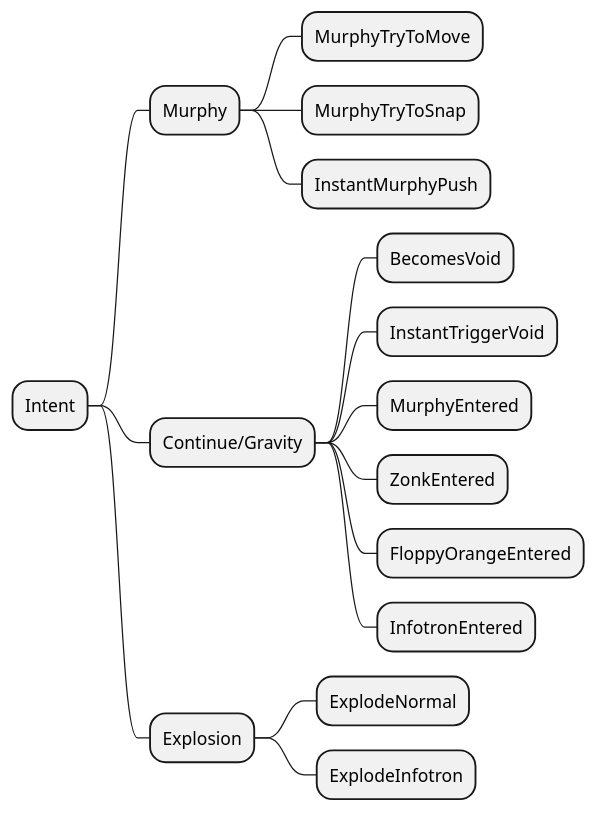
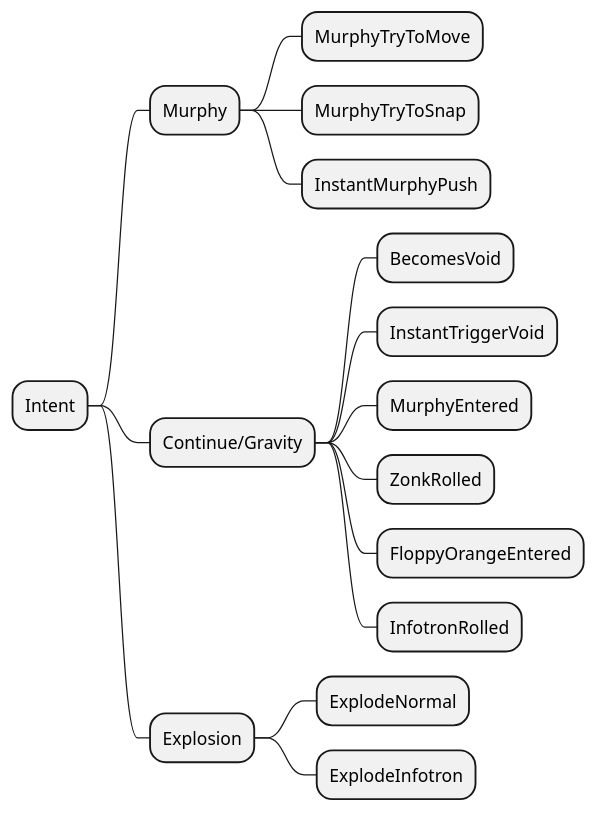
The diagram in doc/intents.puml (openplex-org/openplex), drawn with PlantUML before and after one commit. The commit also changed 48 other files, not shown here.

```diff
--- a/doc/intents.puml
+++ b/doc/intents.puml
@@ -1,17 +1,17 @@
 @startmindmap
 * Intent
 ** Murphy
 *** MurphyTryToMove
 *** MurphyTryToSnap
 *** InstantMurphyPush
 ** Continue/Gravity
 *** BecomesVoid
 *** InstantTriggerVoid
 *** MurphyEntered
-*** ZonkEntered
+*** ZonkRolled
 *** FloppyOrangeEntered
-*** InfotronEntered
+*** InfotronRolled
 ** Explosion
 *** ExplodeNormal
 *** ExplodeInfotron
 @endmindmap
```
